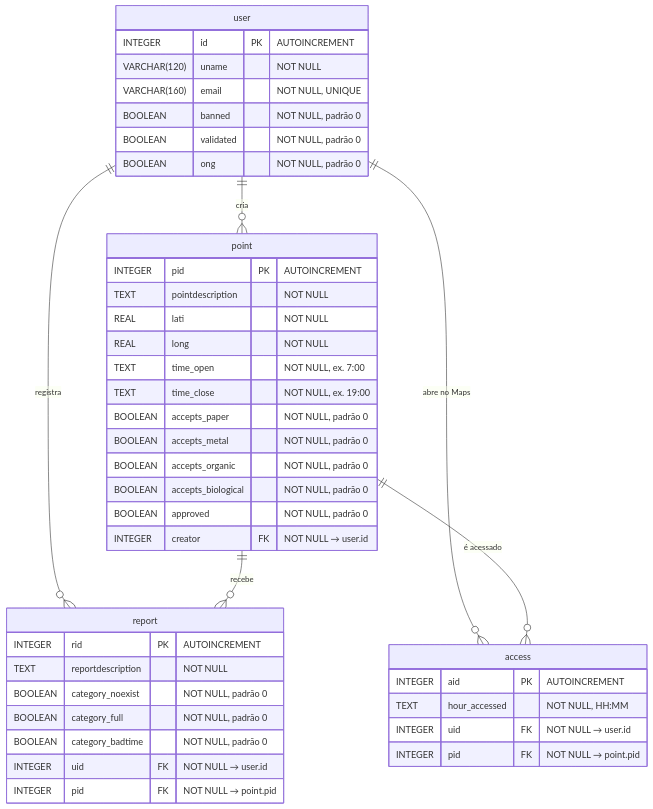
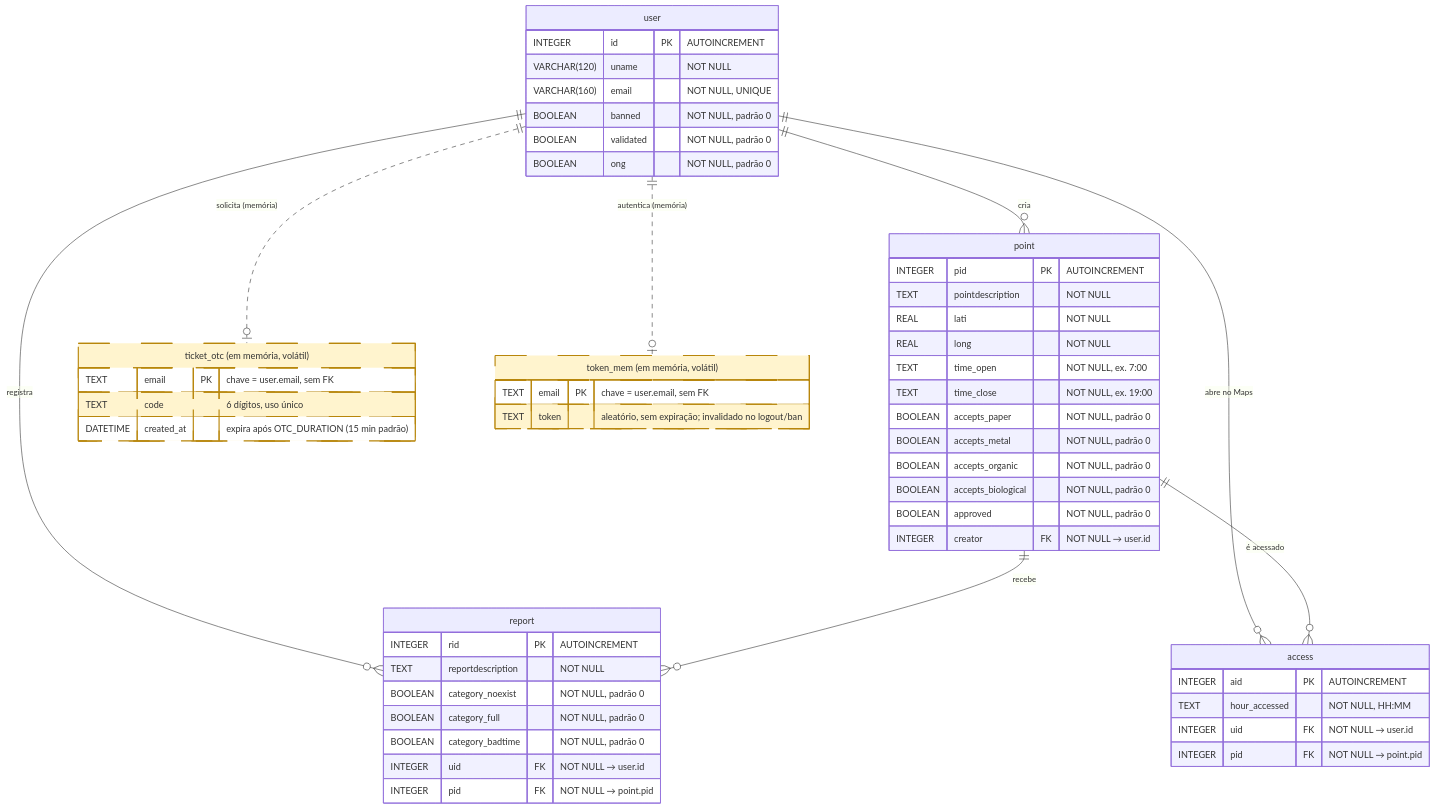
The diagram in docs/der.md (ReciclaRP/reciclarp), drawn with Mermaid before and after one commit.

````diff
--- a/docs/der.md
+++ b/docs/der.md
@@ -17,49 +17,66 @@
 ```mermaid
 erDiagram
     user ||--o{ point  : "cria"
     user ||--o{ report : "registra"
     user ||--o{ access : "abre no Maps"
     point ||--o{ report : "recebe"
     point ||--o{ access : "é acessado"
+
+    user ||..o| ticket_otc : "solicita (memória)"
+    user ||..o| token_mem  : "autentica (memória)"
 
     user {
         INTEGER id PK "AUTOINCREMENT"
         VARCHAR(120) uname "NOT NULL"
         VARCHAR(160) email "NOT NULL, UNIQUE"
         BOOLEAN banned "NOT NULL, padrão 0"
         BOOLEAN validated "NOT NULL, padrão 0"
         BOOLEAN ong "NOT NULL, padrão 0"
     }
 
     point {
         INTEGER pid PK "AUTOINCREMENT"
         TEXT pointdescription "NOT NULL"
         REAL lati "NOT NULL"
         REAL long "NOT NULL"
         TEXT time_open "NOT NULL, ex. 7:00"
         TEXT time_close "NOT NULL, ex. 19:00"
         BOOLEAN accepts_paper "NOT NULL, padrão 0"
         BOOLEAN accepts_metal "NOT NULL, padrão 0"
         BOOLEAN accepts_organic "NOT NULL, padrão 0"
         BOOLEAN accepts_biological "NOT NULL, padrão 0"
         BOOLEAN approved "NOT NULL, padrão 0"
         INTEGER creator FK "NOT NULL → user.id"
     }
 
     report {
         INTEGER rid PK "AUTOINCREMENT"
         TEXT reportdescription "NOT NULL"
         BOOLEAN category_noexist "NOT NULL, padrão 0"
         BOOLEAN category_full "NOT NULL, padrão 0"
         BOOLEAN category_badtime "NOT NULL, padrão 0"
         INTEGER uid FK "NOT NULL → user.id"
         INTEGER pid FK "NOT NULL → point.pid"
     }
 
     access {
         INTEGER aid PK "AUTOINCREMENT"
         TEXT hour_accessed "NOT NULL, HH:MM"
         INTEGER uid FK "NOT NULL → user.id"
         INTEGER pid FK "NOT NULL → point.pid"
     }
+
+    ticket_otc["ticket_otc (em memória, volátil)"] {
+        TEXT email PK "chave = user.email, sem FK"
+        TEXT code "6 dígitos, uso único"
+        DATETIME created_at "expira após OTC_DURATION (15 min padrão)"
+    }
+
+    token_mem["token_mem (em memória, volátil)"] {
+        TEXT email PK "chave = user.email, sem FK"
+        TEXT token "aleatório, sem expiração; invalidado no logout/ban"
+    }
+
+    classDef memory fill:#fff4ce,stroke:#b8860b,stroke-width:2px,stroke-dasharray:5 5
+    class ticket_otc,token_mem memory
 ```
````
